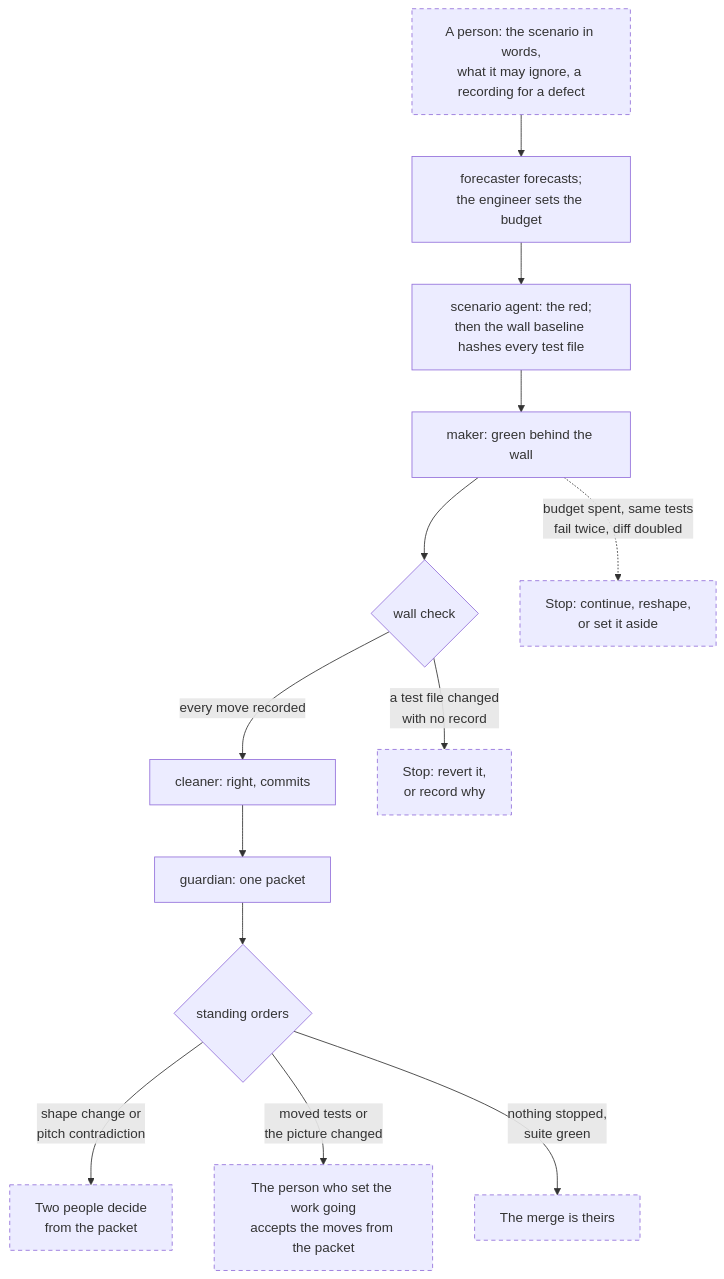
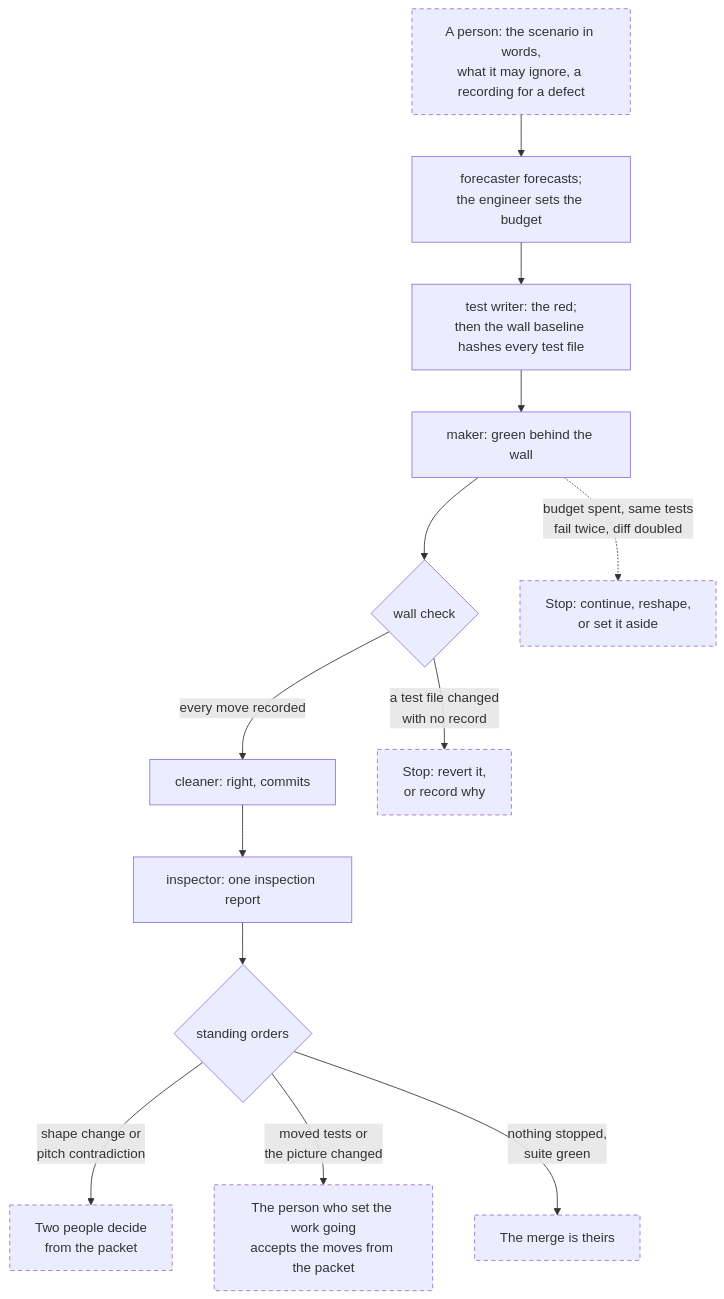
Before and after one commit to seanpk/xv-agents: the second of 4 diagrams in README.md, drawn with Mermaid. The commit also changed other lines of this file and 100 other files, not shown here.

````diff
--- a/README.md
+++ b/README.md
@@ -164,25 +178,25 @@
 ```mermaid
 flowchart TB
   start["A person: the scenario in words,<br/>what it may ignore, a recording for a defect"]
   fc["forecaster forecasts;<br/>the engineer sets the budget"]
-  sc["scenario agent: the red;<br/>then the wall baseline hashes every test file"]
+  sc["test writer: the red;<br/>then the wall baseline hashes every test file"]
   mk["maker: green behind the wall"]
   wall{"wall check"}
   cl["cleaner: right, commits"]
-  gd["guardian: one packet"]
+  gd["inspector: one inspection report"]
   orders{"standing orders"}
   two["Two people decide<br/>from the packet"]
   accept["The person who set the work going<br/>accepts the moves from the packet"]
   merge["The merge is theirs"]
 
   start --> fc --> sc --> mk --> wall
   wall -- "a test file changed<br/>with no record" --> stop1["Stop: revert it,<br/>or record why"]
   wall -- "every move recorded" --> cl --> gd --> orders
   orders -- "shape change or<br/>pitch contradiction" --> two
   orders -- "moved tests or<br/>the picture changed" --> accept
   orders -- "nothing stopped,<br/>suite green" --> merge
   mk -. "budget spent, same tests<br/>fail twice, diff doubled" .-> stop2["Stop: continue, reshape,<br/>or set it aside"]
 
   classDef person stroke-dasharray: 5 4
   class start,two,accept,merge,stop1,stop2 person
 ```
````
